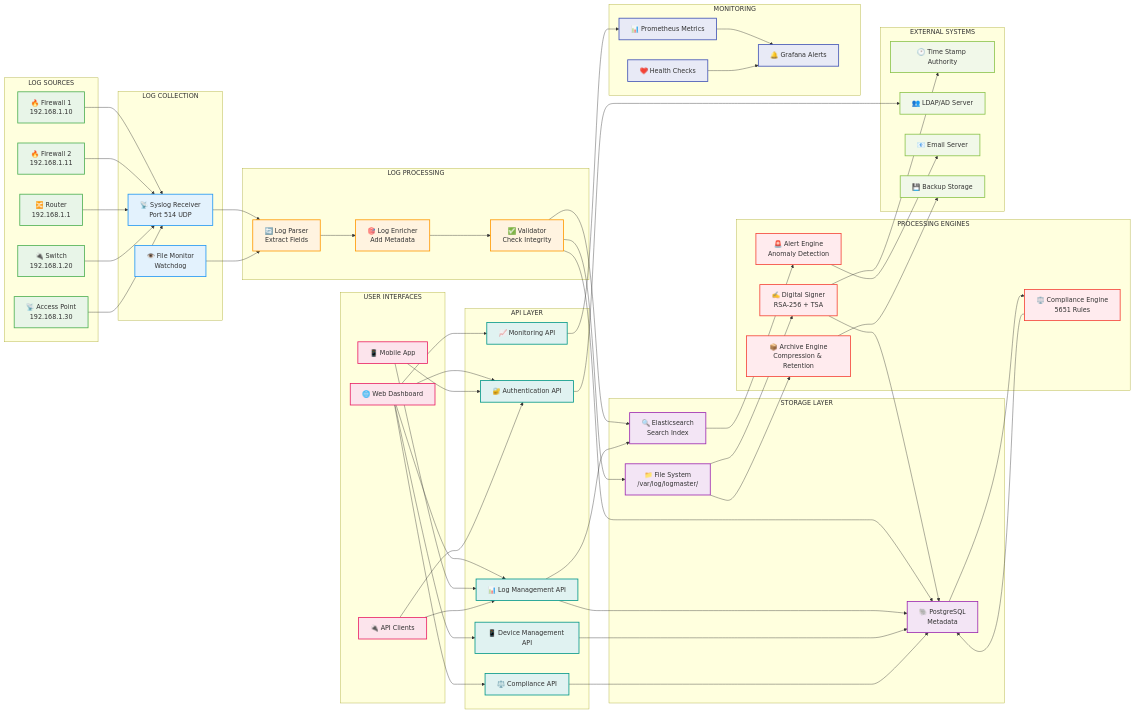
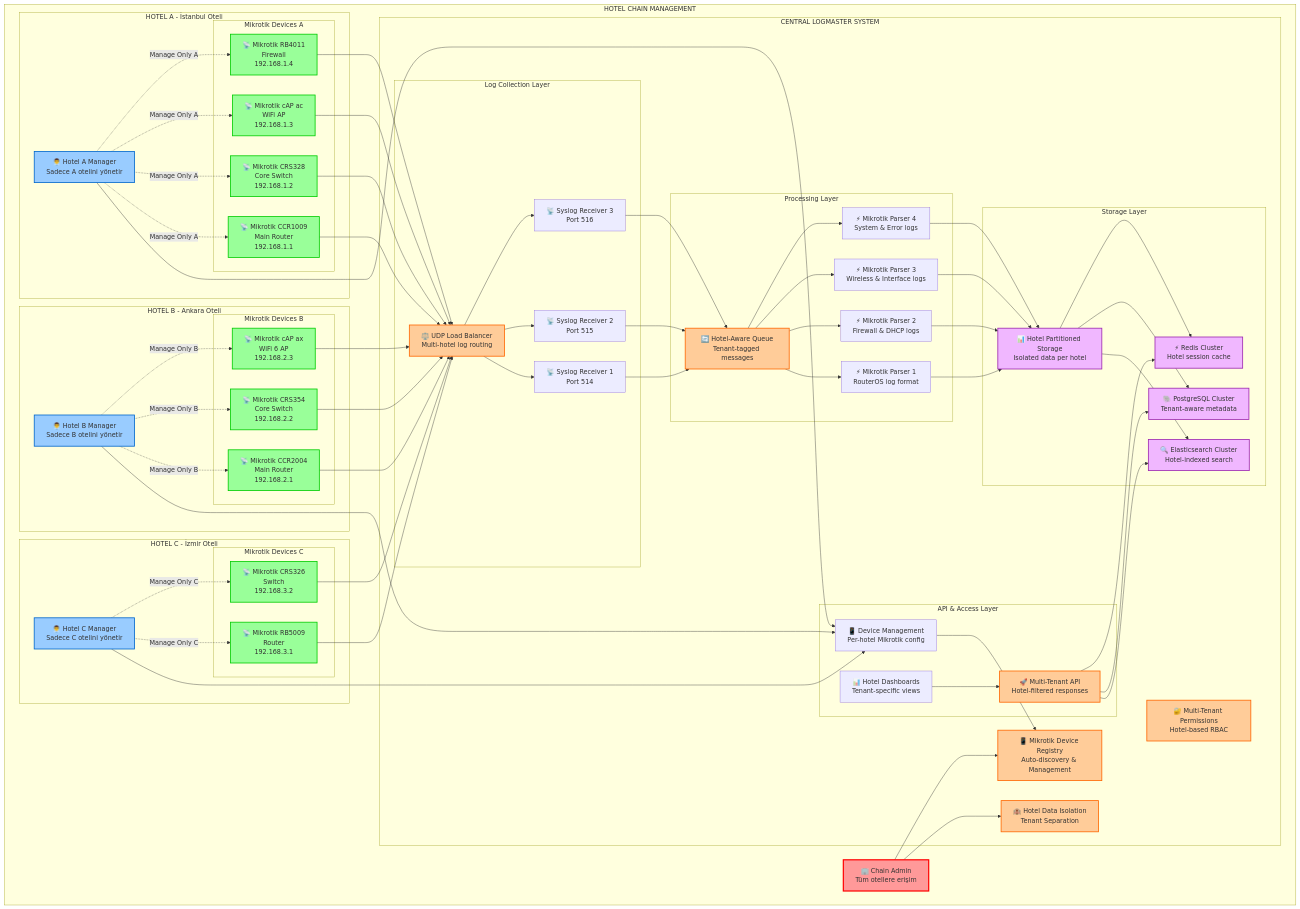
The first of 3 diagrams in docs/architecture/data-flow.md (ozkanguner/logmaster), drawn with Mermaid before and after one commit. The commit also changed other lines of this file and 1 other file, not shown here.

Commit message:
🏨 Update Architecture Diagrams for Hotel Chain Management

````diff
--- a/docs/architecture/data-flow.md
+++ b/docs/architecture/data-flow.md
@@ -11,129 +11,149 @@
 ```mermaid
-graph LR
-    subgraph "LOG SOURCES"
-        FW1["🔥 Firewall 1<br/>192.168.1.10"]
-        FW2["🔥 Firewall 2<br/>192.168.1.11"]
-        RTR["🔀 Router<br/>192.168.1.1"]
-        SW["🔌 Switch<br/>192.168.1.20"]
-        AP["📡 Access Point<br/>192.168.1.30"]
+graph TB
+    subgraph "HOTEL CHAIN MANAGEMENT"
+        CHAIN_ADMIN["🏢 Chain Admin<br/>Tüm otellere erişim"]
+        
+        subgraph "HOTEL A - İstanbul Oteli"
+            HOTEL_A_MGR["👨‍💼 Hotel A Manager<br/>Sadece A otelini yönetir"]
+            
+            subgraph "Mikrotik Devices A"
+                MIKROTIK_A1["📡 Mikrotik CCR1009<br/>Main Router<br/>192.168.1.1"]
+                MIKROTIK_A2["📡 Mikrotik CRS328<br/>Core Switch<br/>192.168.1.2"]
+                MIKROTIK_A3["📡 Mikrotik cAP ac<br/>WiFi AP<br/>192.168.1.3"]
+                MIKROTIK_A4["📡 Mikrotik RB4011<br/>Firewall<br/>192.168.1.4"]
+            end
+        end
+        
+        subgraph "HOTEL B - Ankara Oteli"
+            HOTEL_B_MGR["👨‍💼 Hotel B Manager<br/>Sadece B otelini yönetir"]
+            
+            subgraph "Mikrotik Devices B"
+                MIKROTIK_B1["📡 Mikrotik CCR2004<br/>Main Router<br/>192.168.2.1"]
+                MIKROTIK_B2["📡 Mikrotik CRS354<br/>Core Switch<br/>192.168.2.2"]
+                MIKROTIK_B3["📡 Mikrotik cAP ax<br/>WiFi 6 AP<br/>192.168.2.3"]
+            end
+        end
+        
+        subgraph "HOTEL C - İzmir Oteli"
+            HOTEL_C_MGR["👨‍💼 Hotel C Manager<br/>Sadece C otelini yönetir"]
+            
+            subgraph "Mikrotik Devices C"
+                MIKROTIK_C1["📡 Mikrotik RB5009<br/>Router<br/>192.168.3.1"]
+                MIKROTIK_C2["📡 Mikrotik CRS326<br/>Switch<br/>192.168.3.2"]
+            end
+        end
+        
+        subgraph "CENTRAL LOGMASTER SYSTEM"
+            HOTEL_ISOLATION["🏨 Hotel Data Isolation<br/>Tenant Separation"]
+            DEVICE_REGISTRY["📱 Mikrotik Device Registry<br/>Auto-discovery & Management"]
+            PERMISSION_ENGINE["🔐 Multi-Tenant Permissions<br/>Hotel-based RBAC"]
+            
+            subgraph "Log Collection Layer"
+                UDP_LB["⚖️ UDP Load Balancer<br/>Multi-hotel log routing"]
+                SYSLOG_1["📡 Syslog Receiver 1<br/>Port 514"]
+                SYSLOG_2["📡 Syslog Receiver 2<br/>Port 515"] 
+                SYSLOG_3["📡 Syslog Receiver 3<br/>Port 516"]
+            end
+            
+            subgraph "Processing Layer"
+                HOTEL_QUEUE["🔄 Hotel-Aware Queue<br/>Tenant-tagged messages"]
+                MT_PARSER_1["⚡ Mikrotik Parser 1<br/>RouterOS log format"]
+                MT_PARSER_2["⚡ Mikrotik Parser 2<br/>Firewall & DHCP logs"]
+                MT_PARSER_3["⚡ Mikrotik Parser 3<br/>Wireless & Interface logs"]
+                MT_PARSER_4["⚡ Mikrotik Parser 4<br/>System & Error logs"]
+            end
+            
+            subgraph "Storage Layer"
+                HOTEL_PARTITIONS["📊 Hotel Partitioned Storage<br/>Isolated data per hotel"]
+                ES_CLUSTER["🔍 Elasticsearch Cluster<br/>Hotel-indexed search"]
+                PG_CLUSTER["🐘 PostgreSQL Cluster<br/>Tenant-aware metadata"]
+                REDIS_CACHE["⚡ Redis Cluster<br/>Hotel session cache"]
+            end
+            
+            subgraph "API & Access Layer"
+                TENANT_API["🚀 Multi-Tenant API<br/>Hotel-filtered responses"]
+                HOTEL_DASHBOARDS["📊 Hotel Dashboards<br/>Tenant-specific views"]
+                DEVICE_MGMT["📱 Device Management<br/>Per-hotel Mikrotik config"]
+            end
+        end
     end
     
-    subgraph "LOG COLLECTION"
-        SYSLOG["📡 Syslog Receiver<br/>Port 514 UDP"]
-        FILE_MON["👁️ File Monitor<br/>Watchdog"]
-    end
+    %% Hotel Admin Access
+    CHAIN_ADMIN --> HOTEL_ISOLATION
+    CHAIN_ADMIN --> DEVICE_REGISTRY
     
-    subgraph "LOG PROCESSING"
-        PARSER["🔄 Log Parser<br/>Extract Fields"]
-        ENRICHER["🎯 Log Enricher<br/>Add Metadata"]
-        VALIDATOR["✅ Validator<br/>Check Integrity"]
-    end
+    %% Hotel Manager Access (Isolated)
+    HOTEL_A_MGR --> DEVICE_MGMT
+    HOTEL_B_MGR --> DEVICE_MGMT
+    HOTEL_C_MGR --> DEVICE_MGMT
     
-    subgraph "STORAGE LAYER"
-        FS["📁 File System<br/>/var/log/logmaster/"]
-        ES["🔍 Elasticsearch<br/>Search Index"]
-        PG["🐘 PostgreSQL<br/>Metadata"]
-    end
+    %% Device Management Connections
+    HOTEL_A_MGR -.->|"Manage Only A"| MIKROTIK_A1
+    HOTEL_A_MGR -.->|"Manage Only A"| MIKROTIK_A2
+    HOTEL_A_MGR -.->|"Manage Only A"| MIKROTIK_A3
+    HOTEL_A_MGR -.->|"Manage Only A"| MIKROTIK_A4
     
-    subgraph "PROCESSING ENGINES"
-        SIGN_ENG["✍️ Digital Signer<br/>RSA-256 + TSA"]
-        COMP_ENG["⚖️ Compliance Engine<br/>5651 Rules"]
-        ALERT_ENG["🚨 Alert Engine<br/>Anomaly Detection"]
-        ARCH_ENG["📦 Archive Engine<br/>Compression & Retention"]
-    end
+    HOTEL_B_MGR -.->|"Manage Only B"| MIKROTIK_B1
+    HOTEL_B_MGR -.->|"Manage Only B"| MIKROTIK_B2
+    HOTEL_B_MGR -.->|"Manage Only B"| MIKROTIK_B3
     
-    subgraph "API LAYER"
-        AUTH_API["🔐 Authentication API"]
-        LOG_API["📊 Log Management API"]
-        DEVICE_API["📱 Device Management API"]
-        COMP_API["⚖️ Compliance API"]
-        MONITOR_API["📈 Monitoring API"]
-    end
+    HOTEL_C_MGR -.->|"Manage Only C"| MIKROTIK_C1
+    HOTEL_C_MGR -.->|"Manage Only C"| MIKROTIK_C2
     
-    subgraph "USER INTERFACES"
-        WEB_UI["🌐 Web Dashboard"]
-        MOBILE["📱 Mobile App"]
-        API_CLIENT["🔌 API Clients"]
-    end
+    %% Log Flow from Devices
+    MIKROTIK_A1 --> UDP_LB
+    MIKROTIK_A2 --> UDP_LB
+    MIKROTIK_A3 --> UDP_LB
+    MIKROTIK_A4 --> UDP_LB
+    MIKROTIK_B1 --> UDP_LB
+    MIKROTIK_B2 --> UDP_LB
+    MIKROTIK_B3 --> UDP_LB
+    MIKROTIK_C1 --> UDP_LB
+    MIKROTIK_C2 --> UDP_LB
     
-    subgraph "EXTERNAL SYSTEMS"
-        TSA["🕐 Time Stamp Authority"]
-        LDAP["👥 LDAP/AD Server"]
-        SMTP["📧 Email Server"]
-        BACKUP["💾 Backup Storage"]
-    end
+    %% Load Balancer Distribution
+    UDP_LB --> SYSLOG_1
+    UDP_LB --> SYSLOG_2
+    UDP_LB --> SYSLOG_3
     
-    subgraph "MONITORING"
-        METRICS["📊 Prometheus Metrics"]
-        ALERTS["🔔 Grafana Alerts"]
-        HEALTH["❤️ Health Checks"]
-    end
+    %% Collection to Queue
+    SYSLOG_1 --> HOTEL_QUEUE
+    SYSLOG_2 --> HOTEL_QUEUE
+    SYSLOG_3 --> HOTEL_QUEUE
     
-    %% Data Flow Connections
-    FW1 --> SYSLOG
-    FW2 --> SYSLOG
-    RTR --> SYSLOG
-    SW --> SYSLOG
-    AP --> SYSLOG
+    %% Queue to Processing
+    HOTEL_QUEUE --> MT_PARSER_1
+    HOTEL_QUEUE --> MT_PARSER_2
+    HOTEL_QUEUE --> MT_PARSER_3
+    HOTEL_QUEUE --> MT_PARSER_4
     
-    SYSLOG --> PARSER
-    FILE_MON --> PARSER
+    %% Processing to Storage
+    MT_PARSER_1 --> HOTEL_PARTITIONS
+    MT_PARSER_2 --> HOTEL_PARTITIONS
+    MT_PARSER_3 --> HOTEL_PARTITIONS
+    MT_PARSER_4 --> HOTEL_PARTITIONS
     
-    PARSER --> ENRICHER
-    ENRICHER --> VALIDATOR
-    VALIDATOR --> FS
-    VALIDATOR --> ES
-    VALIDATOR --> PG
+    HOTEL_PARTITIONS --> ES_CLUSTER
+    HOTEL_PARTITIONS --> PG_CLUSTER
+    HOTEL_PARTITIONS --> REDIS_CACHE
     
-    FS --> SIGN_ENG
-    FS --> ARCH_ENG
-    ES --> ALERT_ENG
-    PG --> COMP_ENG
+    %% API Access
+    TENANT_API --> ES_CLUSTER
+    TENANT_API --> PG_CLUSTER
+    TENANT_API --> REDIS_CACHE
     
-    SIGN_ENG --> TSA
-    SIGN_ENG --> PG
-    COMP_ENG --> PG
-    ALERT_ENG --> SMTP
-    ARCH_ENG --> BACKUP
+    HOTEL_DASHBOARDS --> TENANT_API
+    DEVICE_MGMT --> DEVICE_REGISTRY
     
-    AUTH_API --> LDAP
-    LOG_API --> ES
-    LOG_API --> PG
-    DEVICE_API --> PG
-    COMP_API --> PG
-    MONITOR_API --> METRICS
+    classDef chainAdmin fill:#ff9999,stroke:#ff0000,stroke-width:3px
+    classDef hotelManager fill:#99ccff,stroke:#0066cc,stroke-width:2px
+    classDef mikrotikDevice fill:#99ff99,stroke:#00cc00,stroke-width:2px
+    classDef systemCore fill:#ffcc99,stroke:#ff6600,stroke-width:2px
+    classDef storage fill:#f0b7ff,stroke:#9c27b0,stroke-width:2px
     
-    WEB_UI --> AUTH_API
-    WEB_UI --> LOG_API
-    WEB_UI --> DEVICE_API
-    WEB_UI --> COMP_API
-    WEB_UI --> MONITOR_API
-    
-    MOBILE --> AUTH_API
-    MOBILE --> LOG_API
-    API_CLIENT --> AUTH_API
-    API_CLIENT --> LOG_API
-    
-    METRICS --> ALERTS
-    HEALTH --> ALERTS
-    
-    classDef source fill:#e8f5e8,stroke:#4caf50,stroke-width:2px
-    classDef collection fill:#e3f2fd,stroke:#2196f3,stroke-width:2px
-    classDef processing fill:#fff3e0,stroke:#ff9800,stroke-width:2px
-    classDef storage fill:#f3e5f5,stroke:#9c27b0,stroke-width:2px
-    classDef engine fill:#ffebee,stroke:#f44336,stroke-width:2px
-    classDef api fill:#e0f2f1,stroke:#009688,stroke-width:2px
-    classDef ui fill:#fce4ec,stroke:#e91e63,stroke-width:2px
-    classDef external fill:#f1f8e9,stroke:#8bc34a,stroke-width:2px
-    classDef monitor fill:#e8eaf6,stroke:#3f51b5,stroke-width:2px
-    
-    class FW1,FW2,RTR,SW,AP source
-    class SYSLOG,FILE_MON collection
-    class PARSER,ENRICHER,VALIDATOR processing
-    class FS,ES,PG storage
-    class SIGN_ENG,COMP_ENG,ALERT_ENG,ARCH_ENG engine
-    class AUTH_API,LOG_API,DEVICE_API,COMP_API,MONITOR_API api
-    class WEB_UI,MOBILE,API_CLIENT ui
-    class TSA,LDAP,SMTP,BACKUP external
-    class METRICS,ALERTS,HEALTH monitor
+    class CHAIN_ADMIN chainAdmin
+    class HOTEL_A_MGR,HOTEL_B_MGR,HOTEL_C_MGR hotelManager
+    class MIKROTIK_A1,MIKROTIK_A2,MIKROTIK_A3,MIKROTIK_A4,MIKROTIK_B1,MIKROTIK_B2,MIKROTIK_B3,MIKROTIK_C1,MIKROTIK_C2 mikrotikDevice
+    class HOTEL_ISOLATION,DEVICE_REGISTRY,PERMISSION_ENGINE,UDP_LB,HOTEL_QUEUE,TENANT_API systemCore
+    class HOTEL_PARTITIONS,ES_CLUSTER,PG_CLUSTER,REDIS_CACHE storage
 ```
````
